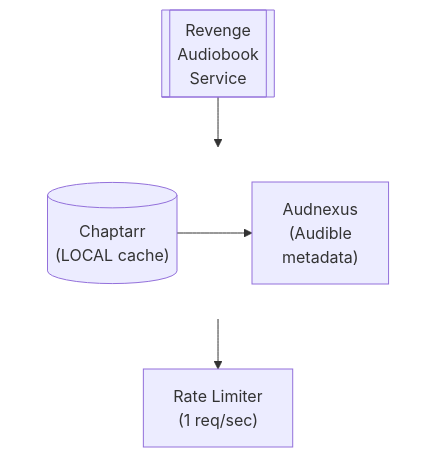
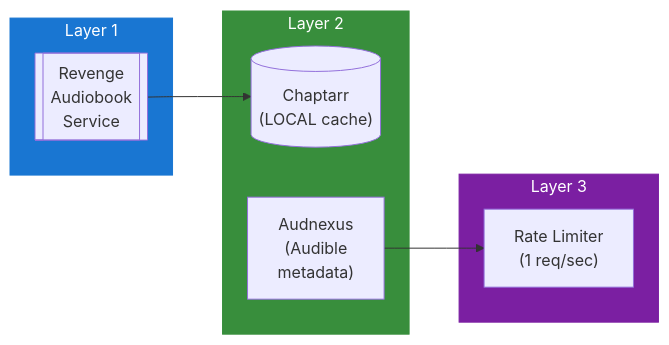
Before and after one commit to lusoris/revenge: the diagram in docs/dev/design/integrations/metadata/books/AUDIBLE.md, drawn with Mermaid. The commit also changed 215 other files, not shown here.

First line of the commit message:
feat(diagrams): convert all ASCII diagrams to Mermaid with LR subgraphs

````diff
--- a/docs/dev/design/integrations/metadata/books/AUDIBLE.md
+++ b/docs/dev/design/integrations/metadata/books/AUDIBLE.md
@@ -57,16 +57,24 @@
 ```mermaid
-flowchart TD
-    node1[["Revenge<br/>Audiobook<br/>Service"]]
-    subgraph row1[ ]
-        direction LR
+flowchart LR
+    subgraph Layer1["Layer 1"]
+        node1[["Revenge<br/>Audiobook<br/>Service"]]
+    end
+
+    subgraph Layer2["Layer 2"]
         node2[("Chaptarr<br/>(LOCAL cache)")]
         node3["Audnexus<br/>(Audible<br/>metadata)"]
     end
-    node4["Rate Limiter<br/>(1 req/sec)"]
-    node2 --> node3
+
+    subgraph Layer3["Layer 3"]
+        node4["Rate Limiter<br/>(1 req/sec)"]
+    end
+
+    %% Connections
     node1 --> node2
     node3 --> node4
 
-    %% Hide row subgraph borders
-    style row1 fill:transparent,stroke:transparent
+    %% Styling
+    style Layer1 fill:#1976D2,stroke:#1976D2,color:#fff
+    style Layer2 fill:#388E3C,stroke:#388E3C,color:#fff
+    style Layer3 fill:#7B1FA2,stroke:#7B1FA2,color:#fff
 ```
````
